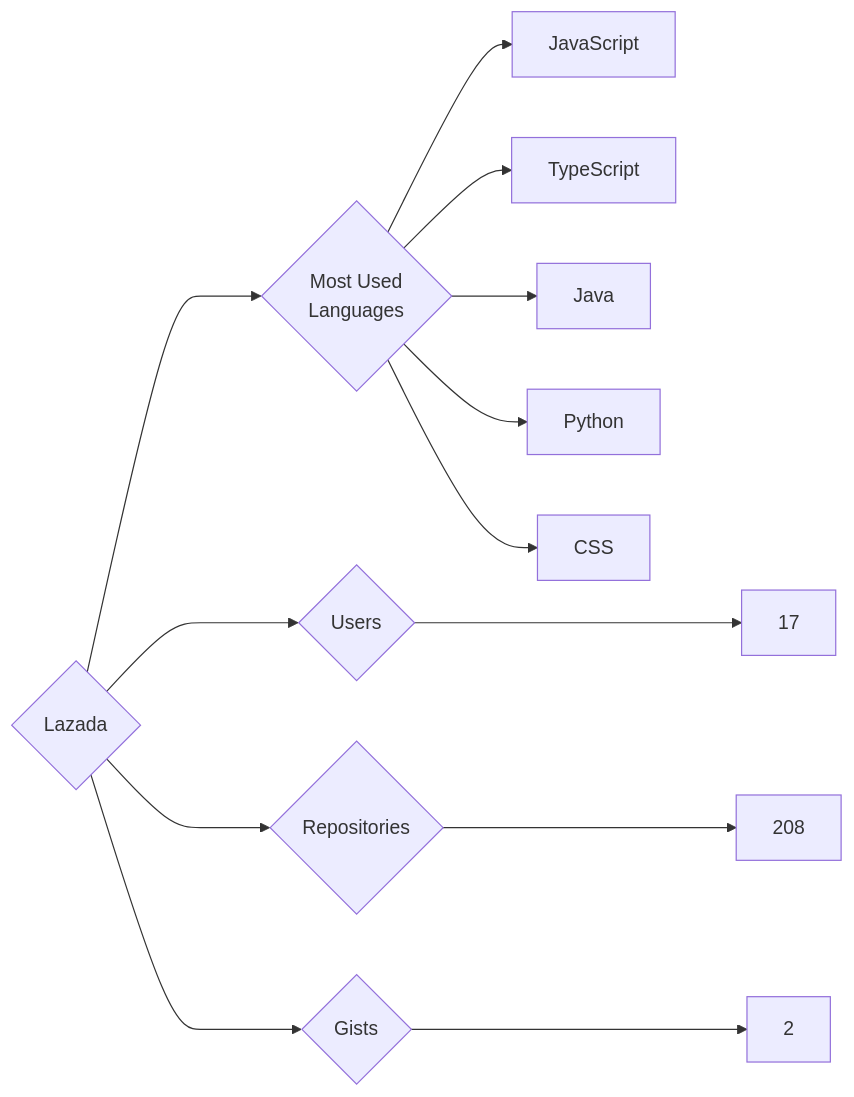
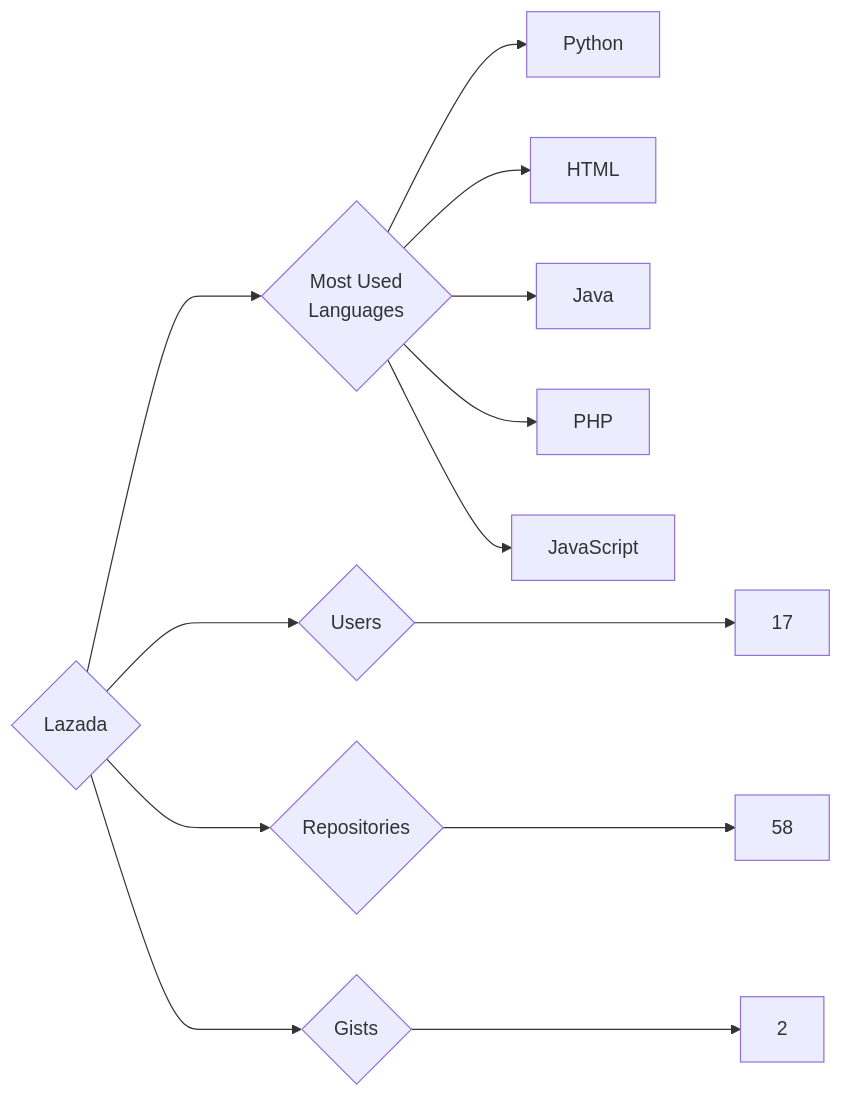
The diagram in targets/Lazada/README.md (trickest/insiders), drawn with Mermaid before and after one commit. The commit also changed 644 other files, not shown here.

````diff
--- a/targets/Lazada/README.md
+++ b/targets/Lazada/README.md
@@ -3,13 +3,13 @@
 ```mermaid
 graph LR
 COMPANY_NAME{Lazada}
 COMPANY_NAME ---> U{Users} ---> UN[17]
-COMPANY_NAME ---> R{Repositories} ---> RN[208]
+COMPANY_NAME ---> R{Repositories} ---> RN[58]
 COMPANY_NAME ---> G{Gists} ---> GN[2]
 COMPANY_NAME ---> ML{Most Used<br>Languages}
+ML --> Python[Python]
+ML --> HTML[HTML]
+ML --> Java[Java]
+ML --> PHP[PHP]
 ML --> JavaScript[JavaScript]
-ML --> TypeScript[TypeScript]
-ML --> Java[Java]
-ML --> Python[Python]
-ML --> CSS[CSS]
 ```
````
